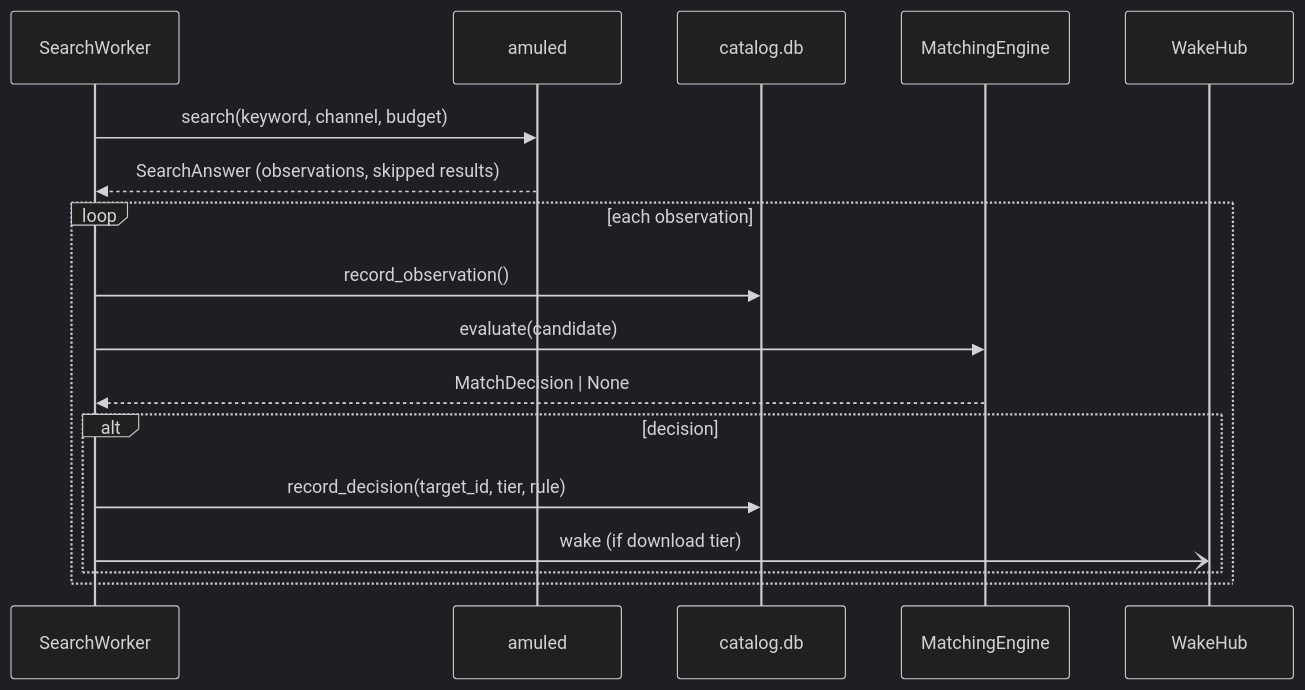
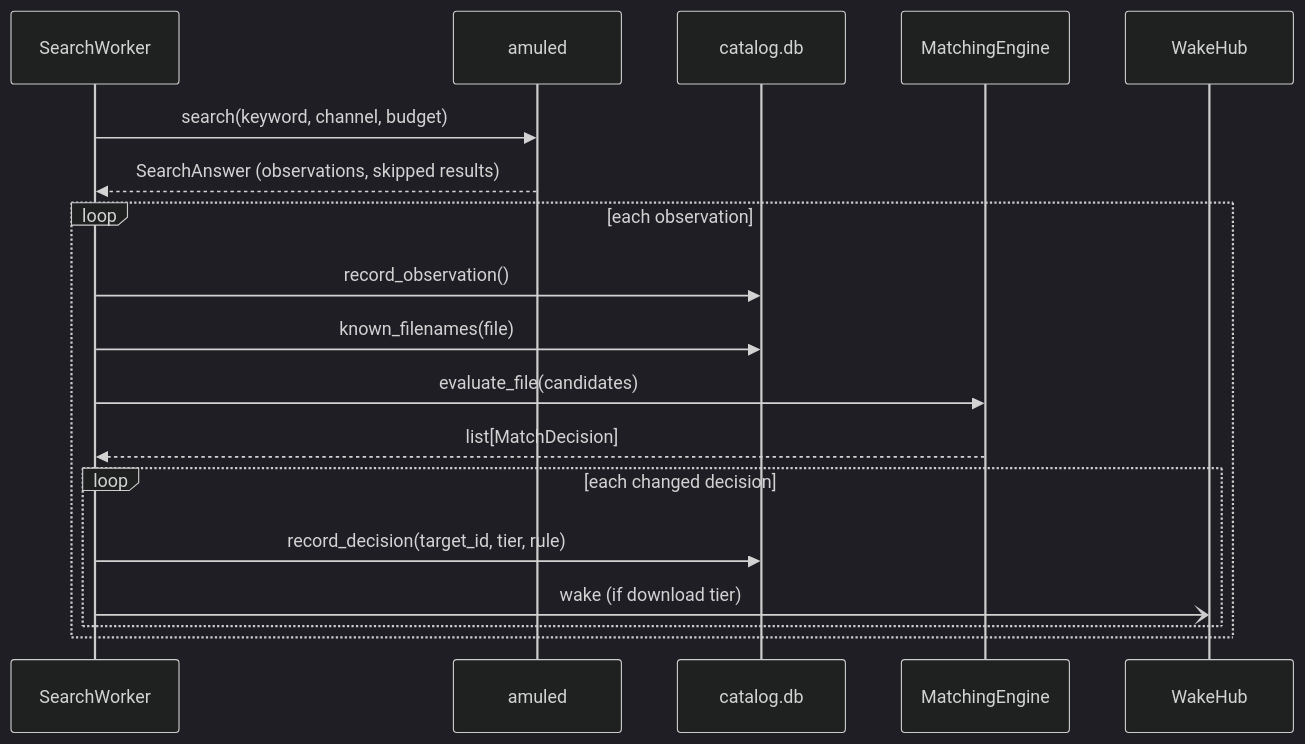
One commit to mission-titar/p2pwatch changed the sixth of 12 diagrams in docs/contributing/architecture.md. Above: the diagram before and after it, drawn with Mermaid (dark theme). The commit also changed 5 other files, not shown here.

````diff
--- a/docs/contributing/architecture.md
+++ b/docs/contributing/architecture.md
@@ -219,20 +219,21 @@
 ```mermaid
 sequenceDiagram
   participant W as SearchWorker
   participant A as amuled
   participant C as catalog.db
   participant E as MatchingEngine
   participant D as WakeHub
 
   W->>A: search(keyword, channel, budget)
   A-->>W: SearchAnswer (observations, skipped results)
   loop each observation
     W->>C: record_observation()
-    W->>E: evaluate(candidate)
-    E-->>W: MatchDecision | None
-    alt decision
+    W->>C: known_filenames(file)
+    W->>E: evaluate_file(candidates)
+    E-->>W: list[MatchDecision]
+    loop each changed decision
       W->>C: record_decision(target_id, tier, rule)
       W-)D: wake (if download tier)
     end
   end
 ```
````
